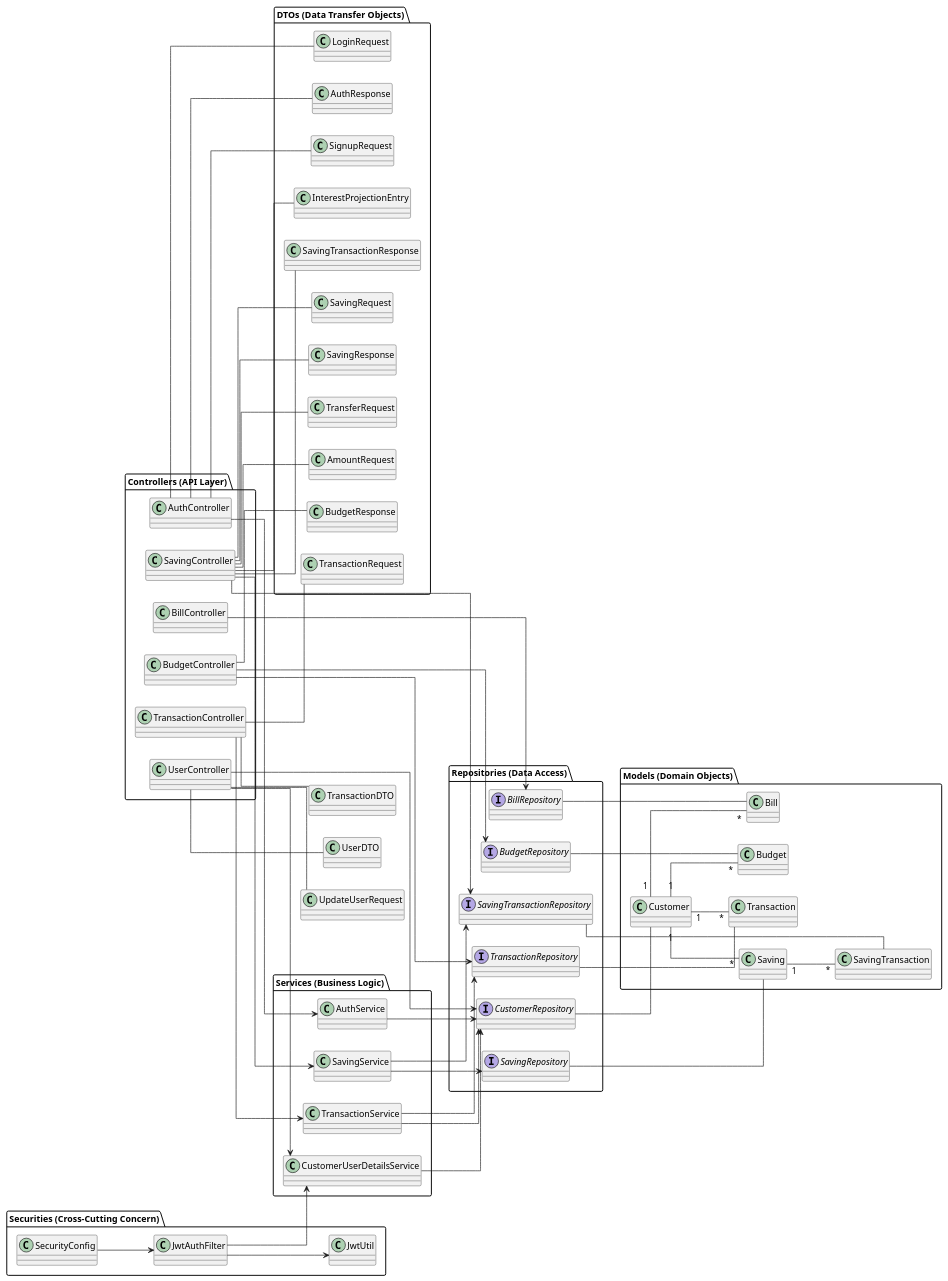
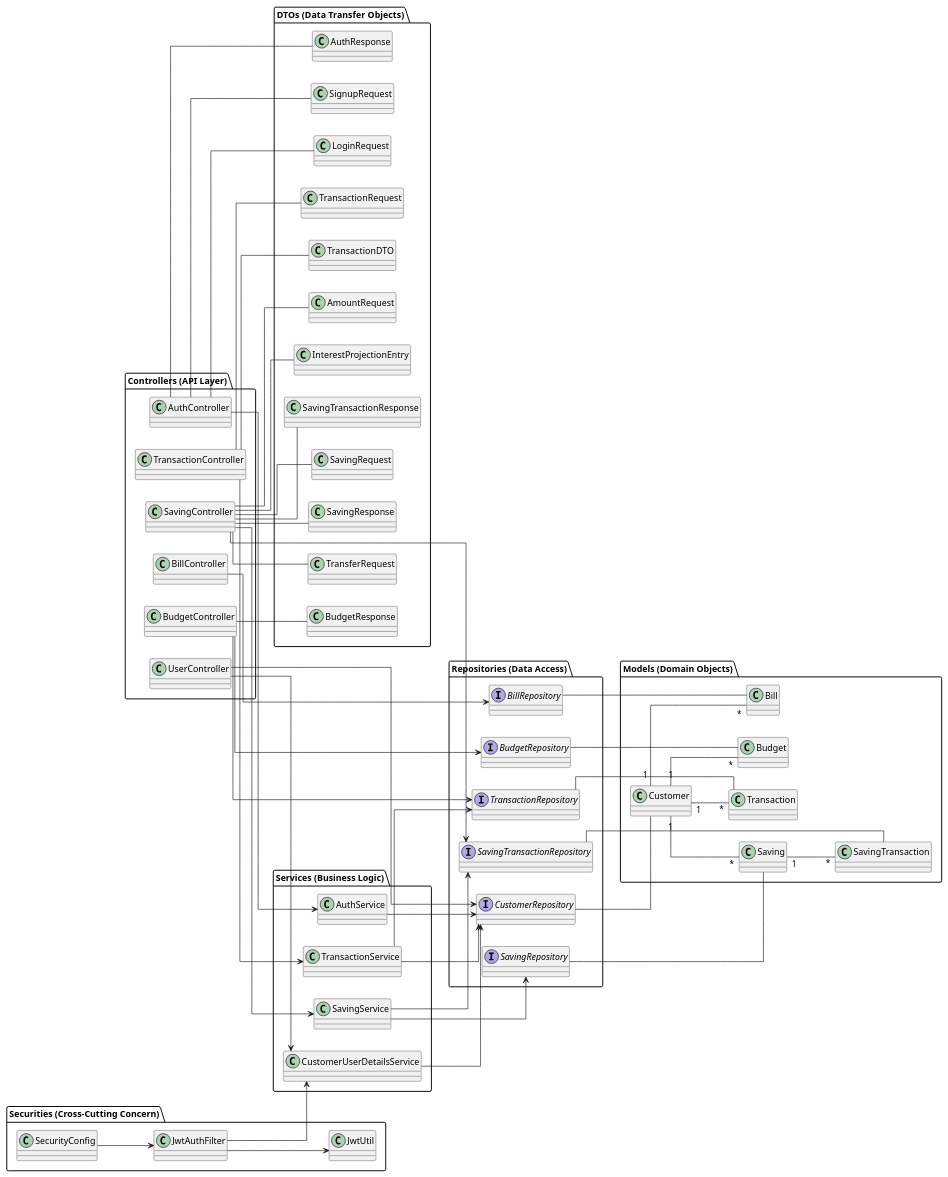
The diagram in design/class_diagram.plantuml (TrungVN9/expense-tracker-app), drawn with PlantUML before and after one commit.

Commit message:
modified class relationship between DTO layer and Controller

```diff
--- a/design/class_diagram.plantuml
+++ b/design/class_diagram.plantuml
@@ -1,121 +1,120 @@
 @startuml
 
 ' Style and layout
 skinparam classAttributeIconSize 0
 skinparam linetype ortho
 
 left to right direction
 
 ' Packages for organization
 package "Controllers (API Layer)" {
     class AuthController
     class BillController
     class BudgetController
     class TransactionController
     class UserController
     class SavingController
 }
 
 package "Services (Business Logic)" {
     class AuthService
     class CustomerUserDetailsService
     class TransactionService
     class SavingService
 }
 
 package "Repositories (Data Access)" {
     interface BillRepository
     interface BudgetRepository
     interface CustomerRepository
     interface TransactionRepository
     interface SavingRepository
     interface SavingTransactionRepository
 }
 
 ' 1. Controller -> Service (Strict Layering)
 AuthController --> AuthService
 BillController --> BillRepository
 BudgetController --> BudgetRepository
 BudgetController --> TransactionRepository
 TransactionController --> TransactionService
 UserController --> CustomerUserDetailsService
 UserController --> CustomerRepository
 SavingController --> SavingService
 SavingController --> SavingTransactionRepository
 
 ' 2. Service -> Repository
 AuthService --> CustomerRepository
 CustomerUserDetailsService --> CustomerRepository
 TransactionService --> TransactionRepository
 TransactionService --> CustomerRepository
 SavingService --> SavingRepository
 SavingService --> SavingTransactionRepository
 
 package "Models (Domain Objects)" {
     class Bill
     class Budget
     class Customer
     class Transaction
     class Saving
     class SavingTransaction
 }
 
 package "Securities (Cross-Cutting Concern)" {
     class JwtAuthFilter
     class JwtUtil
     class SecurityConfig
 }
 
 
 package "DTOs (Data Transfer Objects)" {
     class AuthResponse
     class SignupRequest
     class LoginRequest
     class BudgetResponse
     class TransactionRequest
     class TransferRequest
     class AmountRequest
     class InterestProjectionEntry
     class SavingTransactionResponse
     class SavingRequest
     class SavingResponse
+    class TransactionDTO
 
 }
 
 ' 3. Repository -> Models
 BillRepository -- Bill
 BudgetRepository -- Budget
 CustomerRepository -- Customer
 TransactionRepository -- Transaction
 SavingRepository -- Saving
 SavingTransactionRepository -- SavingTransaction
 
 ' Controller -> DTOs
 AuthController -- AuthResponse
 AuthController -- SignupRequest
 AuthController -- LoginRequest
 BudgetController -- BudgetResponse
 TransactionController -- TransactionRequest
 TransactionController -- TransactionDTO
-UserController -- UserDTO
-UserController -- UpdateUserRequest
 SavingController -- SavingRequest
 SavingController -- SavingResponse
 SavingController -- SavingTransactionResponse
 SavingController -- TransferRequest
 SavingController -- AmountRequest
 SavingController -- InterestProjectionEntry
 
 ' Security
 SecurityConfig --> JwtAuthFilter
 JwtAuthFilter --> JwtUtil
 JwtAuthFilter --> CustomerUserDetailsService
 
 ' Model Relationships
 Customer "1" -- "*" Bill
 Customer "1" -- "*" Budget
 Customer "1" -- "*" Transaction
 Customer "1" -- "*" Saving
 Saving "1" -- "*" SavingTransaction
 
 @enduml
```
